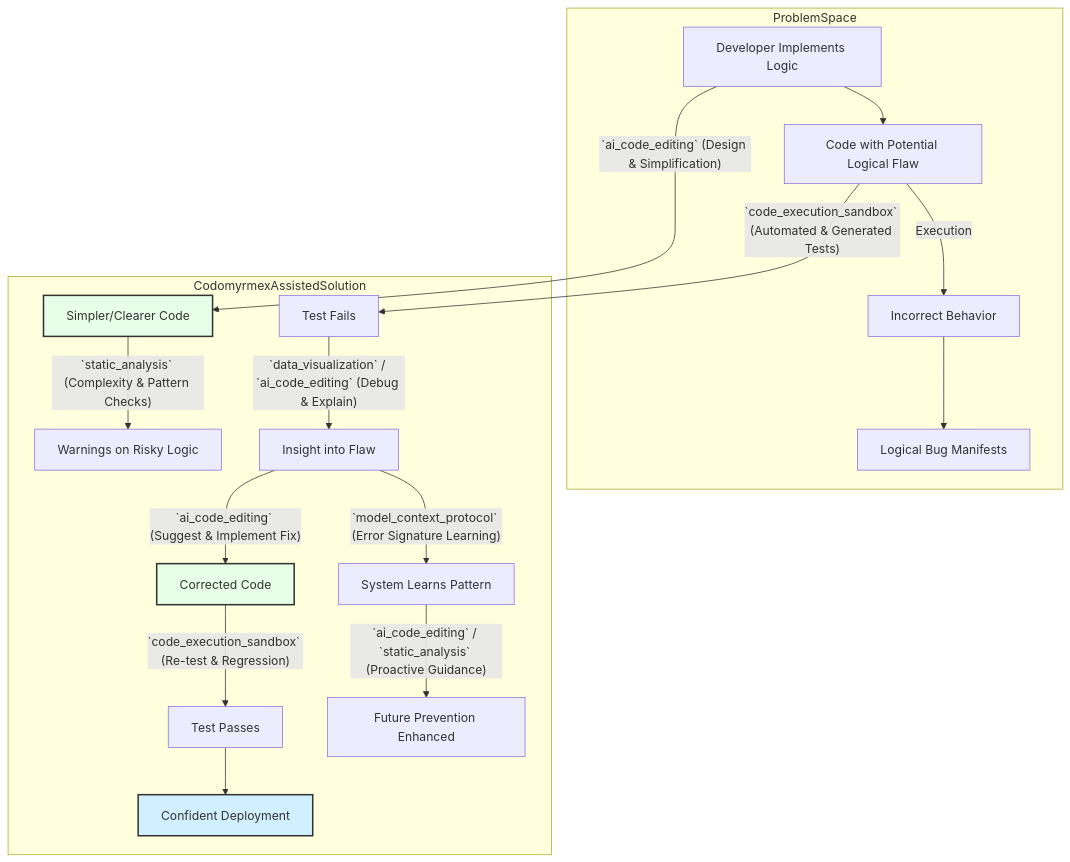
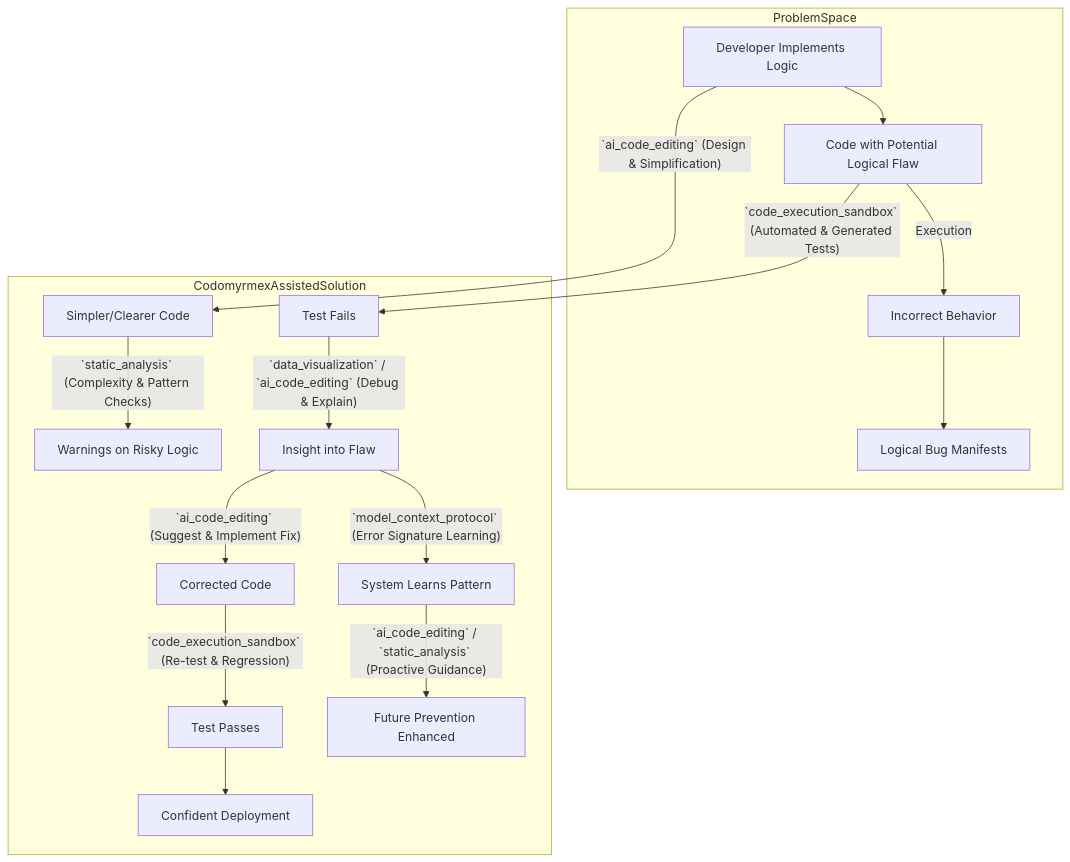
The second of 4 diagrams in docs/modules/documentation/bug_taxonomy.md (docxology/codomyrmex), drawn with Mermaid before and after one commit. The commit also changed other lines of this file and 86 other files, not shown here.

````diff
--- a/docs/modules/documentation/bug_taxonomy.md
+++ b/docs/modules/documentation/bug_taxonomy.md
@@ -288,26 +283,22 @@
 ```mermaid
 graph TD
-    subgraph ProblemSpace
+    subgraph probSpace [ProblemSpace]
         L_Dev[Developer Implements Logic] --> L_Code[Code with Potential Logical Flaw];
         L_Code -- Execution --> L_Behaves[Incorrect Behavior];
         L_Behaves --> L_Bug[Logical Bug Manifests];
     end
 
-    subgraph CodomyrmexAssistedSolution
+    subgraph cxLogicSol [CodomyrmexAssistedSolution]
         L_Dev -- `ai_code_editing` (Design & Simplification) --> L_BetterCode[Simpler/Clearer Code];
         L_BetterCode -- `static_analysis` (Complexity & Pattern Checks) --> L_Warn[Warnings on Risky Logic];
         
         L_Code -- `code_execution_sandbox` (Automated & Generated Tests) --> L_Fail[Test Fails];
         L_Fail -- `data_visualization` / `ai_code_editing` (Debug & Explain) --> L_Insight[Insight into Flaw];
         L_Insight -- `ai_code_editing` (Suggest & Implement Fix) --> L_Fix[Corrected Code];
         L_Fix -- `code_execution_sandbox` (Re-test & Regression) --> L_Pass[Test Passes];
         L_Pass --> L_Deploy[Confident Deployment];
 
         L_Insight -- `model_context_protocol` (Error Signature Learning) --> L_Learn[System Learns Pattern];
         L_Learn -- `ai_code_editing` / `static_analysis` (Proactive Guidance) --> L_FuturePrevent[Future Prevention Enhanced];
     end
-    
-    style L_BetterCode fill:#e6ffe6,stroke:#333,stroke-width:2px
-    style L_Fix fill:#e6ffe6,stroke:#333,stroke-width:2px
-    style L_Deploy fill:#d1f0ff,stroke:#333,stroke-width:2px
 ```
````
